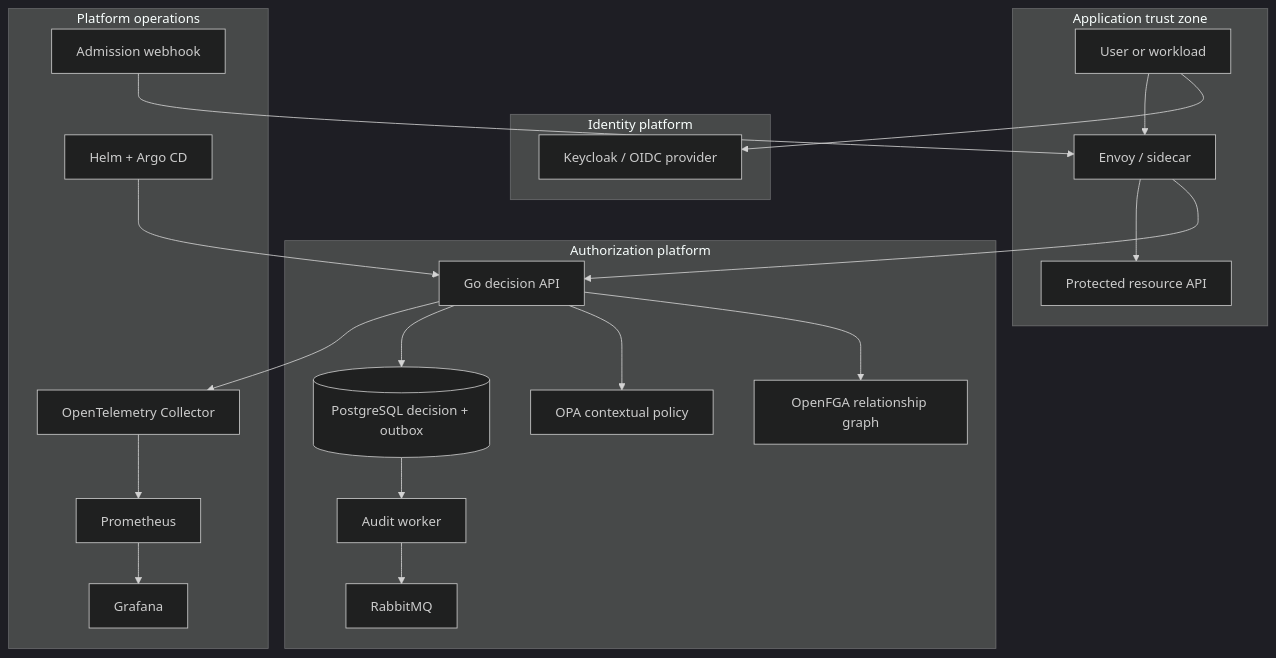
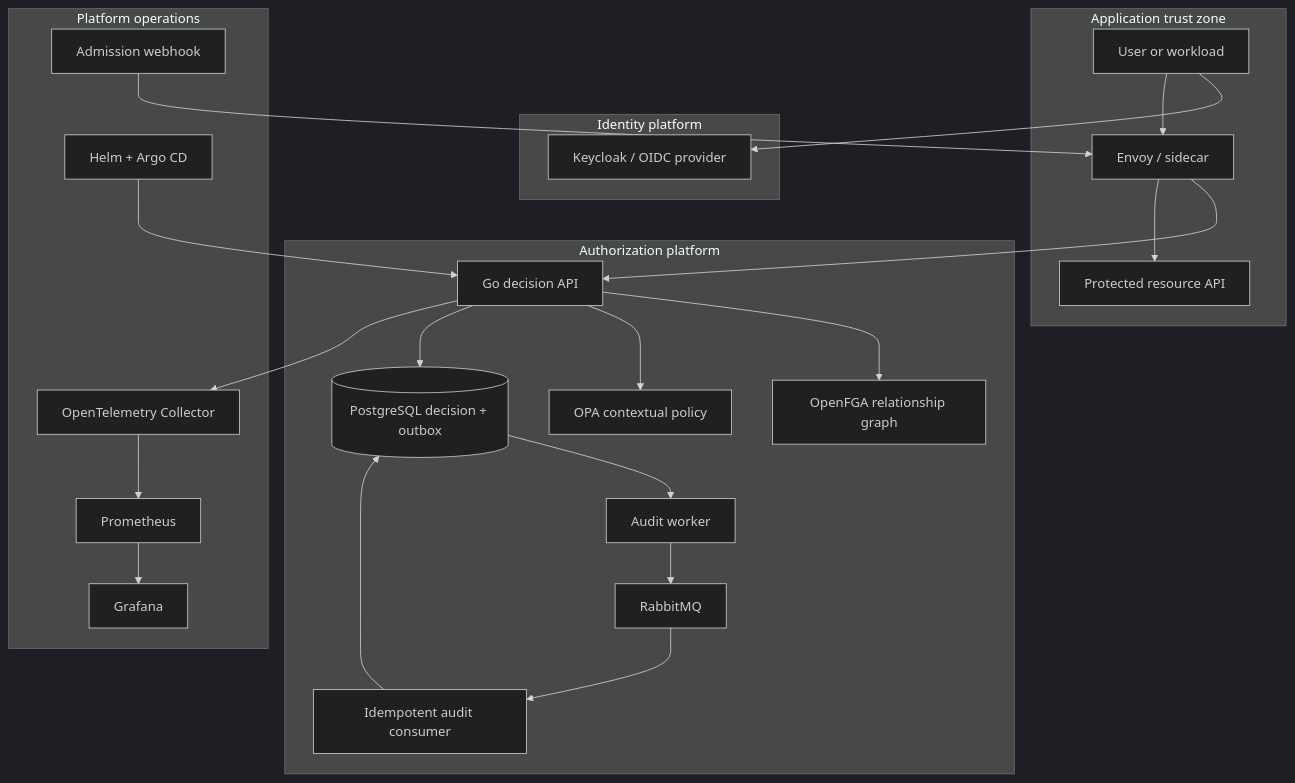
One commit to mmmihaeel/go-authorization-platform changed the first of 2 diagrams in docs/architecture.md. Above: the diagram before and after it, drawn with Mermaid (dark theme). The commit also changed other lines of this file and 89 other files, not shown here.

````diff
--- a/docs/architecture.md
+++ b/docs/architecture.md
@@ -11,38 +11,39 @@
 ```mermaid
 flowchart TB
     subgraph TrustZone[Application trust zone]
       Caller[User or workload]
       Gateway[Envoy / sidecar]
       Resource[Protected resource API]
     end
     subgraph AuthZone[Authorization platform]
       AuthAPI[Go decision API]
       OpenFGA[OpenFGA relationship graph]
       OPA[OPA contextual policy]
       AuditDB[(PostgreSQL decision + outbox)]
       Worker[Audit worker]
       Broker[RabbitMQ]
+      Consumer[Idempotent audit consumer]
     end
     subgraph IdentityZone[Identity platform]
       IdP[Keycloak / OIDC provider]
     end
     subgraph OpsZone[Platform operations]
       OTel[OpenTelemetry Collector]
       Prom[Prometheus]
       Grafana[Grafana]
       Admission[Admission webhook]
       GitOps[Helm + Argo CD]
     end
 
     Caller --> IdP
     Caller --> Gateway
     Gateway --> AuthAPI
     AuthAPI --> OpenFGA
     AuthAPI --> OPA
     AuthAPI --> AuditDB
-    AuditDB --> Worker --> Broker
+    AuditDB --> Worker --> Broker --> Consumer --> AuditDB
     Gateway --> Resource
     AuthAPI --> OTel --> Prom --> Grafana
     Admission --> Gateway
     GitOps --> AuthAPI
 ```
````
